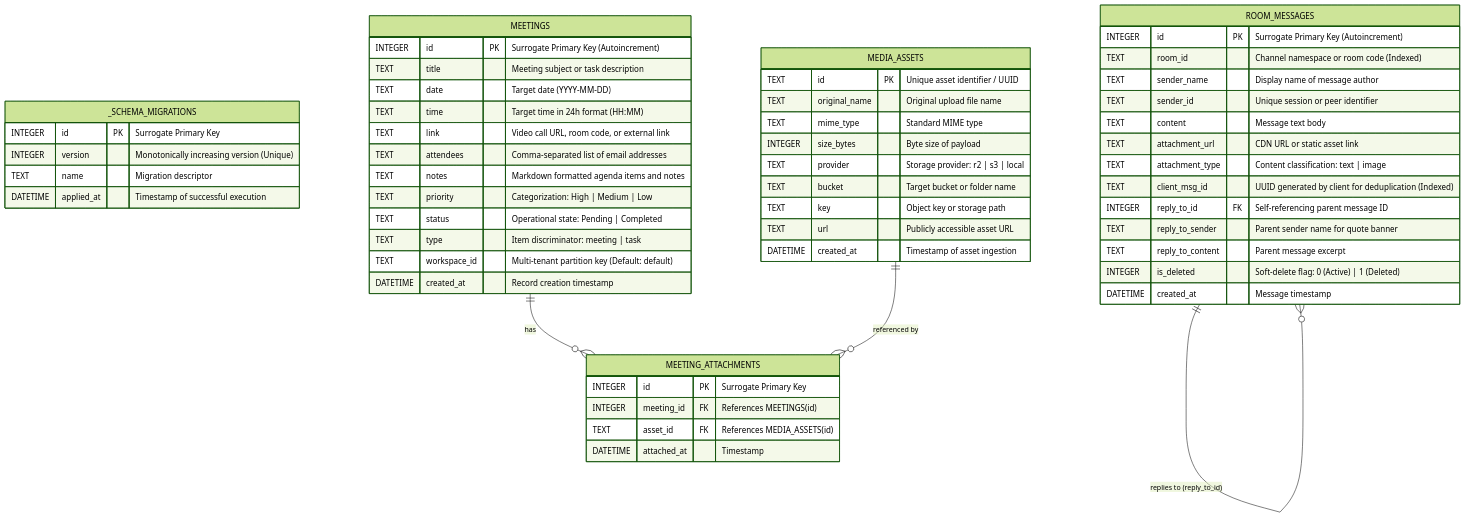
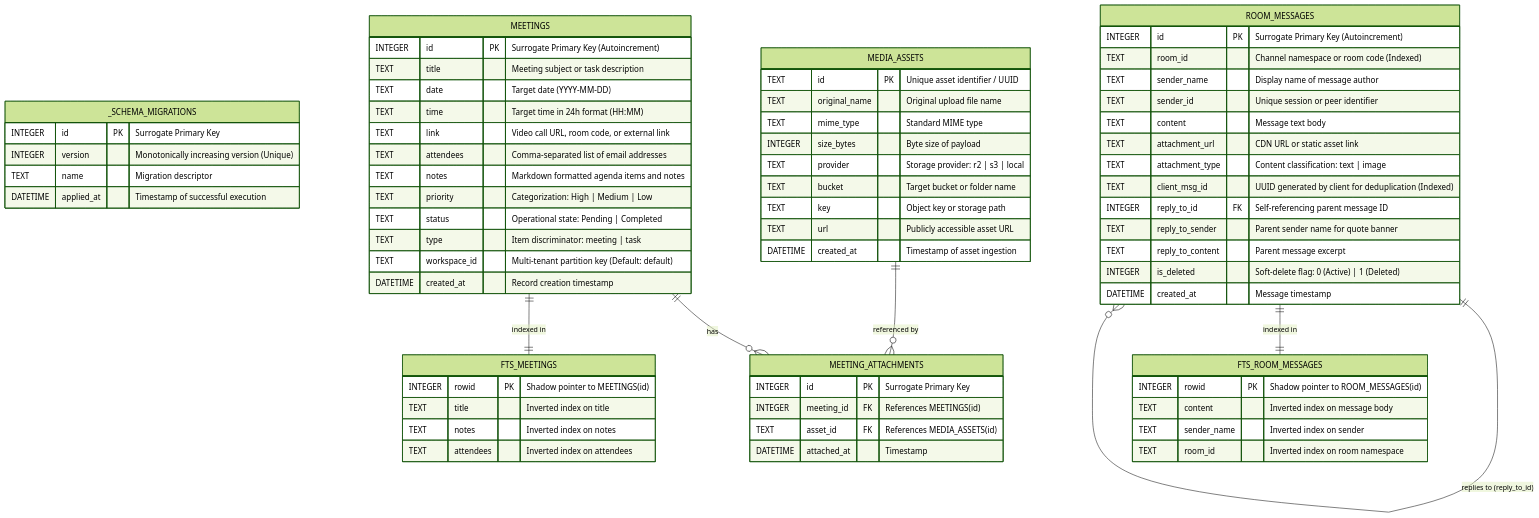
Before and after one commit to itssagarK/meetManager: the second of 14 diagrams in PROJECT_DOCUMENTATION.md, drawn with Mermaid (forest theme). The commit also changed other lines of this file and 8 other files, not shown here.

Commit message:
SQLite FTS5 Full-Text Search Engine across Notes & Chat

````diff
--- a/PROJECT_DOCUMENTATION.md
+++ b/PROJECT_DOCUMENTATION.md
@@ -283,63 +289,79 @@
 ```mermaid
 erDiagram
     _SCHEMA_MIGRATIONS {
         INTEGER id PK "Surrogate Primary Key"
         INTEGER version "Monotonically increasing version (Unique)"
         TEXT name "Migration descriptor"
         DATETIME applied_at "Timestamp of successful execution"
     }
 
     MEETINGS {
         INTEGER id PK "Surrogate Primary Key (Autoincrement)"
         TEXT title "Meeting subject or task description"
         TEXT date "Target date (YYYY-MM-DD)"
         TEXT time "Target time in 24h format (HH:MM)"
         TEXT link "Video call URL, room code, or external link"
         TEXT attendees "Comma-separated list of email addresses"
         TEXT notes "Markdown formatted agenda items and notes"
         TEXT priority "Categorization: High | Medium | Low"
         TEXT status "Operational state: Pending | Completed"
         TEXT type "Item discriminator: meeting | task"
         TEXT workspace_id "Multi-tenant partition key (Default: default)"
         DATETIME created_at "Record creation timestamp"
     }
 
     ROOM_MESSAGES {
         INTEGER id PK "Surrogate Primary Key (Autoincrement)"
         TEXT room_id "Channel namespace or room code (Indexed)"
         TEXT sender_name "Display name of message author"
         TEXT sender_id "Unique session or peer identifier"
         TEXT content "Message text body"
         TEXT attachment_url "CDN URL or static asset link"
         TEXT attachment_type "Content classification: text | image"
         TEXT client_msg_id "UUID generated by client for deduplication (Indexed)"
         INTEGER reply_to_id FK "Self-referencing parent message ID"
         TEXT reply_to_sender "Parent sender name for quote banner"
         TEXT reply_to_content "Parent message excerpt"
         INTEGER is_deleted "Soft-delete flag: 0 (Active) | 1 (Deleted)"
         DATETIME created_at "Message timestamp"
     }
 
+    FTS_MEETINGS {
+        INTEGER rowid PK "Shadow pointer to MEETINGS(id)"
+        TEXT title "Inverted index on title"
+        TEXT notes "Inverted index on notes"
+        TEXT attendees "Inverted index on attendees"
+    }
+
+    FTS_ROOM_MESSAGES {
+        INTEGER rowid PK "Shadow pointer to ROOM_MESSAGES(id)"
+        TEXT content "Inverted index on message body"
+        TEXT sender_name "Inverted index on sender"
+        TEXT room_id "Inverted index on room namespace"
+    }
+
     MEDIA_ASSETS {
         TEXT id PK "Unique asset identifier / UUID"
         TEXT original_name "Original upload file name"
         TEXT mime_type "Standard MIME type"
         INTEGER size_bytes "Byte size of payload"
         TEXT provider "Storage provider: r2 | s3 | local"
         TEXT bucket "Target bucket or folder name"
         TEXT key "Object key or storage path"
         TEXT url "Publicly accessible asset URL"
         DATETIME created_at "Timestamp of asset ingestion"
     }
 
     MEETING_ATTACHMENTS {
         INTEGER id PK "Surrogate Primary Key"
         INTEGER meeting_id FK "References MEETINGS(id)"
         TEXT asset_id FK "References MEDIA_ASSETS(id)"
         DATETIME attached_at "Timestamp"
     }
 
     ROOM_MESSAGES ||--o{ ROOM_MESSAGES : "replies to (reply_to_id)"
     MEETINGS ||--o{ MEETING_ATTACHMENTS : "has"
     MEDIA_ASSETS ||--o{ MEETING_ATTACHMENTS : "referenced by"
+    MEETINGS ||--|| FTS_MEETINGS : "indexed in"
+    ROOM_MESSAGES ||--|| FTS_ROOM_MESSAGES : "indexed in"
 ```
````
